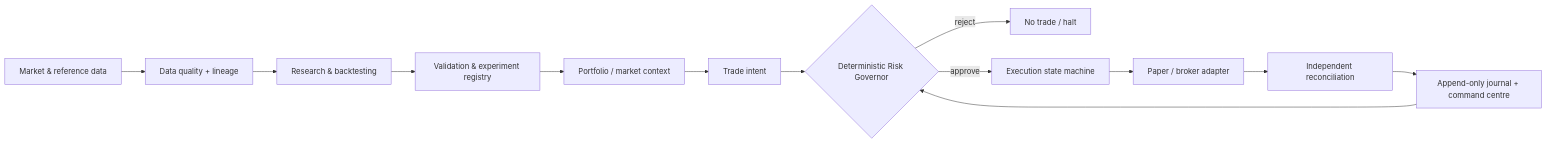
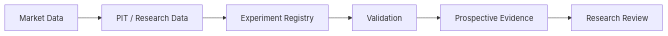
One commit to udited22/optimus-prime changed the first of 2 diagrams in README.md. Above: the diagram before and after it, drawn with Mermaid. The commit also changed other lines of this file and 8 other files, not shown here.

Commit message:
CI: fixed Python 3.13.16 + exact dependency constraints (policy test); probe tolerates only the GET unread-body ECONNRESET (negative tests); docs: shipped vs under-development architecture, RP1 as in-progress October 2026 milestone, naming and overclaim cleanup

````diff
--- a/README.md
+++ b/README.md
@@ -25,15 +29,8 @@
 ```mermaid
 flowchart LR
-    A[Market & reference data] --> B[Data quality + lineage]
-    B --> C[Research & backtesting]
-    C --> D[Validation & experiment registry]
-    D --> E[Portfolio / market context]
-    E --> F[Trade intent]
-    F --> G{Deterministic Risk Governor}
-    G -->|reject| H[No trade / halt]
-    G -->|approve| I[Execution state machine]
-    I --> J[Paper / broker adapter]
-    J --> K[Independent reconciliation]
-    K --> L[Append-only journal + command centre]
-    L --> G
+    A[Market Data] --> B[PIT / Research Data]
+    B --> C[Experiment Registry]
+    C --> D[Validation]
+    D --> E[Prospective Evidence]
+    E --> F[Research Review]
 ```
````
